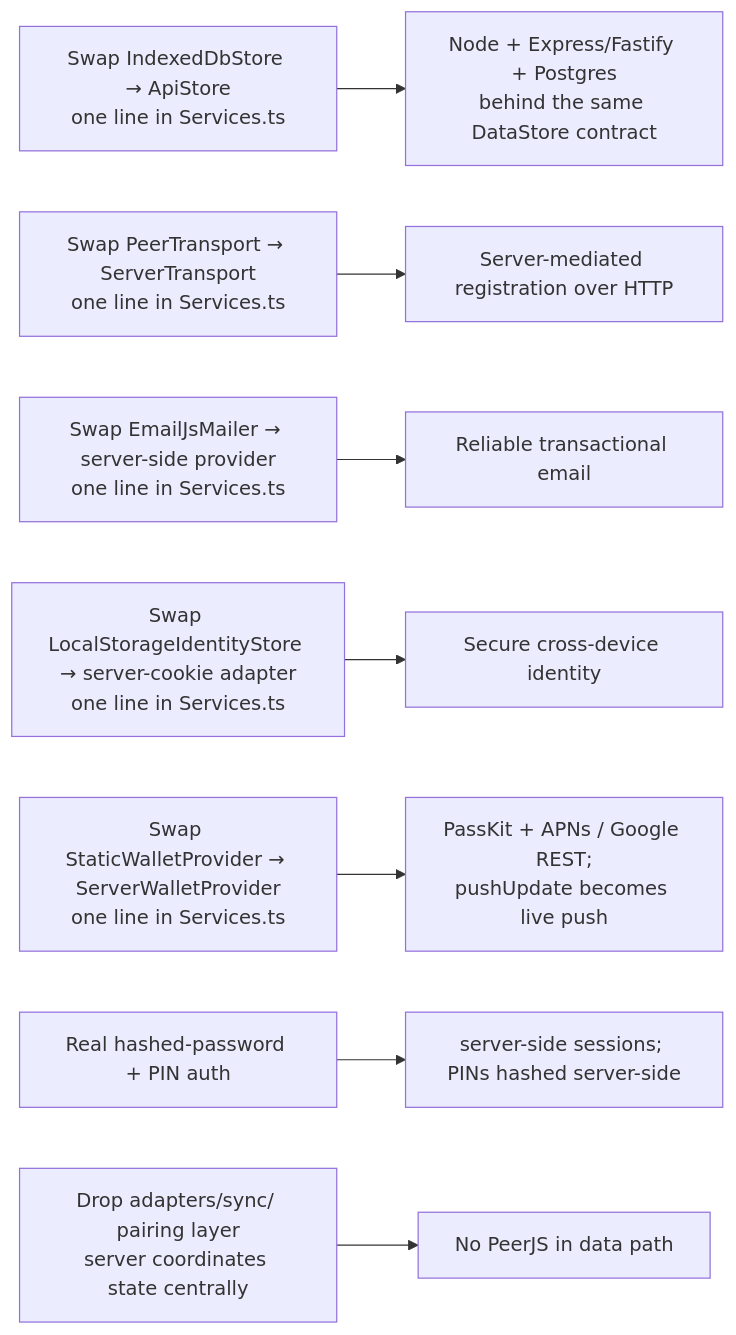
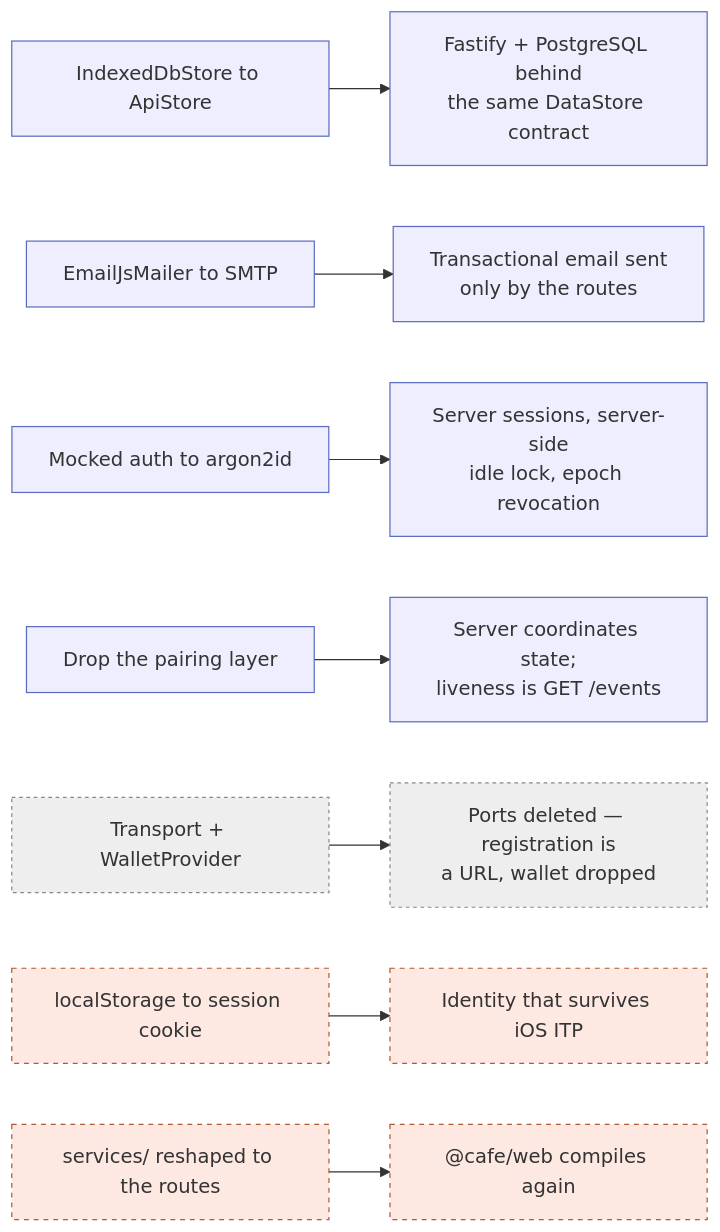
One commit to misch0n/loyalty-system changed the sixth of 6 diagrams in README.md. Above: the diagram before and after it, drawn with Mermaid. The commit also changed other lines of this file and 2 other files, not shown here.

````diff
--- a/README.md
+++ b/README.md
@@ -576,10 +497,14 @@
 ```mermaid
 flowchart LR
-    A[Swap IndexedDbStore → ApiStore<br/>one line in Services.ts] --> B[Node + Express/Fastify + Postgres<br/>behind the same DataStore contract]
-    C[Swap PeerTransport → ServerTransport<br/>one line in Services.ts] --> D[Server-mediated registration over HTTP]
-    E[Swap EmailJsMailer → server-side provider<br/>one line in Services.ts] --> F[Reliable transactional email]
-    G[Swap LocalStorageIdentityStore → server-cookie adapter<br/>one line in Services.ts] --> H[Secure cross-device identity]
-    I[Swap StaticWalletProvider → ServerWalletProvider<br/>one line in Services.ts] --> J[PassKit + APNs / Google REST;<br/>pushUpdate becomes live push]
-    K[Real hashed-password + PIN auth] --> L[server-side sessions; PINs hashed server-side]
-    M[Drop adapters/sync/ pairing layer<br/>server coordinates state centrally] --> N[No PeerJS in data path]
+    A["IndexedDbStore to ApiStore"]:::done --> B["Fastify + PostgreSQL behind<br/>the same DataStore contract"]:::done
+    E["EmailJsMailer to SMTP"]:::done --> F["Transactional email sent<br/>only by the routes"]:::done
+    K["Mocked auth to argon2id"]:::done --> L["Server sessions, server-side<br/>idle lock, epoch revocation"]:::done
+    M["Drop the pairing layer"]:::done --> N["Server coordinates state;<br/>liveness is GET /events"]:::done
+    O["Transport + WalletProvider"]:::cut --> P["Ports deleted — registration is<br/>a URL, wallet dropped"]:::cut
+    G["localStorage to session cookie"]:::todo --> H["Identity that survives iOS ITP"]:::todo
+    Q["services/ reshaped to the routes"]:::todo --> R["@cafe/web compiles again"]:::todo
+
+    classDef done fill:#eef,stroke:#5b6cc0;
+    classDef cut fill:#eee,stroke:#888,stroke-dasharray:3;
+    classDef todo fill:#fde9e2,stroke:#af5a33,stroke-dasharray:4;
 ```
````
